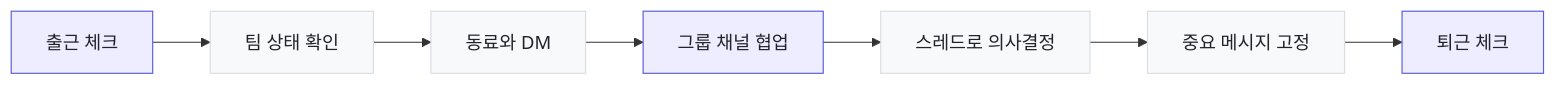
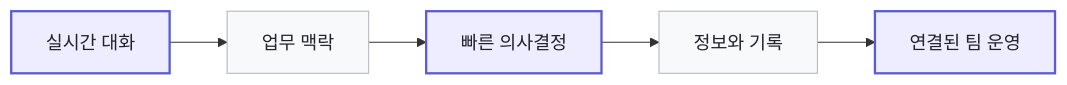
The diagram in README.md (hongseongug812-ui/workall), drawn with Mermaid before and after one commit. The commit also changed other lines of this file, not shown here.

````diff
--- a/README.md
+++ b/README.md
@@ -85,17 +143,13 @@
 ```mermaid
 flowchart LR
-    A[출근 체크] --> B[팀 상태 확인]
-    B --> C[동료와 DM]
-    C --> D[그룹 채널 협업]
-    D --> E[스레드로 의사결정]
-    E --> F[중요 메시지 고정]
-    F --> G[퇴근 체크]
+    CHAT[실시간 대화] --> CONTEXT[업무 맥락]
+    CONTEXT --> DECISION[빠른 의사결정]
+    DECISION --> RECORD[정보와 기록]
+    RECORD --> TEAM[연결된 팀 운영]
 
-    style A fill:#ededff,stroke:#5b5bd6,color:#20232a
-    style B fill:#f8f9fb,stroke:#d9dce2,color:#20232a
-    style C fill:#f8f9fb,stroke:#d9dce2,color:#20232a
-    style D fill:#ededff,stroke:#5b5bd6,color:#20232a
-    style E fill:#f8f9fb,stroke:#d9dce2,color:#20232a
-    style F fill:#f8f9fb,stroke:#d9dce2,color:#20232a
-    style G fill:#ededff,stroke:#5b5bd6,color:#20232a
+    style CHAT fill:#ededff,stroke:#5b5bd6,color:#20232a,stroke-width:2px
+    style CONTEXT fill:#f8f9fb,stroke:#b8bcc7,color:#20232a
+    style DECISION fill:#ededff,stroke:#5b5bd6,color:#20232a,stroke-width:2px
+    style RECORD fill:#f8f9fb,stroke:#b8bcc7,color:#20232a
+    style TEAM fill:#ededff,stroke:#5b5bd6,color:#20232a,stroke-width:2px
 ```
````
